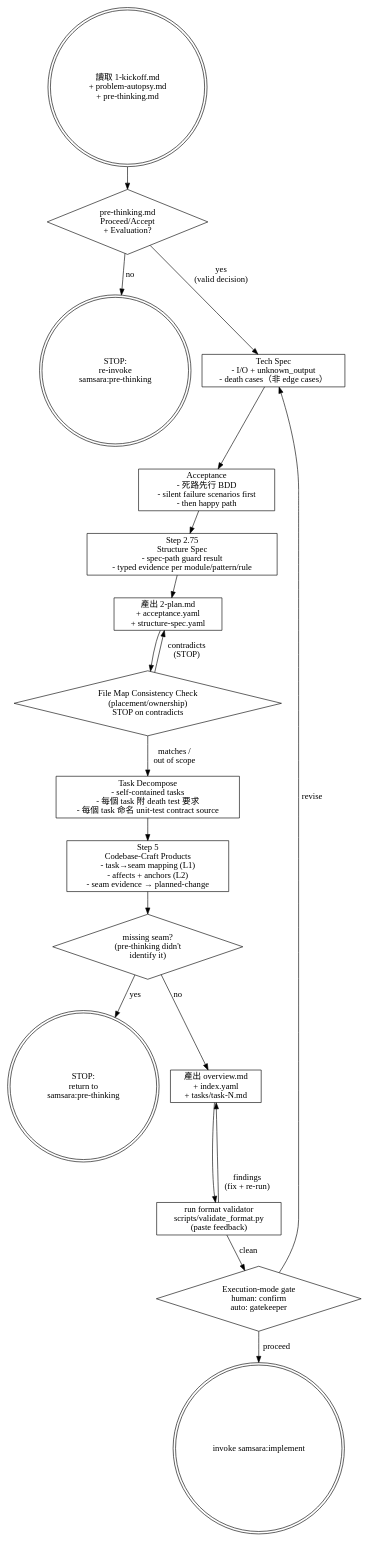
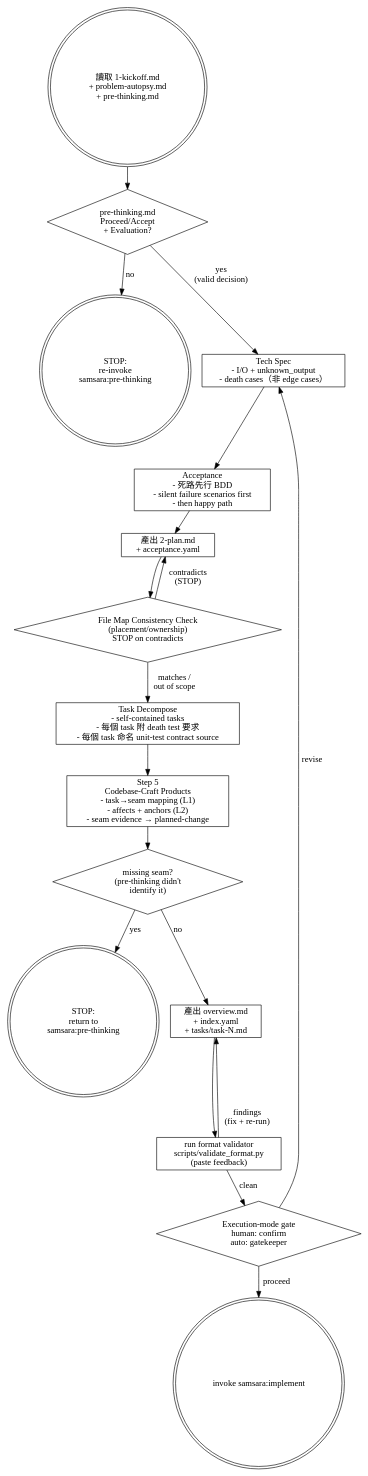
The diagram in skills/planning/SKILL.md (roymondliao/samsara), drawn with Graphviz before and after one commit. The commit also changed other lines of this file and 21 other files, not shown here.

````diff
--- a/skills/planning/SKILL.md
+++ b/skills/planning/SKILL.md
@@ -34,41 +23,39 @@
 ```dot
 digraph planning {
     node [shape=box];
 
     start [label="讀取 1-kickoff.md\n+ problem-autopsy.md\n+ pre-thinking.md" shape=doublecircle];
     guard [label="pre-thinking.md\nProceed/Accept\n+ Evaluation?" shape=diamond];
     blocked [label="STOP:\nre-invoke\nsamsara:pre-thinking" shape=doublecircle];
     spec [label="Tech Spec\n- I/O + unknown_output\n- death cases（非 edge cases）"];
     acceptance [label="Acceptance\n- 死路先行 BDD\n- silent failure scenarios first\n- then happy path"];
-    structure_spec [label="Step 2.75\nStructure Spec\n- spec-path guard result\n- typed evidence per module/pattern/rule"];
-    plan [label="產出 2-plan.md\n+ acceptance.yaml\n+ structure-spec.yaml"];
+    plan [label="產出 2-plan.md\n+ acceptance.yaml"];
     consistency [label="File Map Consistency Check\n(placement/ownership)\nSTOP on contradicts" shape=diamond];
     decompose [label="Task Decompose\n- self-contained tasks\n- 每個 task 附 death test 要求\n- 每個 task 命名 unit-test contract source"];
     craft [label="Step 5\nCodebase-Craft Products\n- task→seam mapping (L1)\n- affects + anchors (L2)\n- seam evidence → planned-change"];
     seam_gap [label="missing seam?\n(pre-thinking didn't\nidentify it)" shape=diamond];
     seam_stop [label="STOP:\nreturn to\nsamsara:pre-thinking" shape=doublecircle];
     output [label="產出 overview.md\n+ index.yaml\n+ tasks/task-N.md"];
     validate [label="run format validator\nscripts/validate_format.py\n(paste feedback)"];
     gate [label="Execution-mode gate\nhuman: confirm\nauto: gatekeeper" shape=diamond];
     next [label="invoke samsara:implement" shape=doublecircle];
 
     start -> guard;
     guard -> spec [label="yes\n(valid decision)"];
     guard -> blocked [label="no"];
     spec -> acceptance;
-    acceptance -> structure_spec;
-    structure_spec -> plan;
+    acceptance -> plan;
     plan -> consistency;
     consistency -> decompose [label="matches /\nout of scope"];
     consistency -> plan [label="contradicts\n(STOP)"];
     decompose -> craft;
     craft -> seam_gap;
     seam_gap -> seam_stop [label="yes"];
     seam_gap -> output [label="no"];
     output -> validate;
     validate -> gate [label="clean"];
     validate -> output [label="findings\n(fix + re-run)"];
     gate -> next [label="proceed"];
     gate -> spec [label="revise"];
 }
 ```
````
